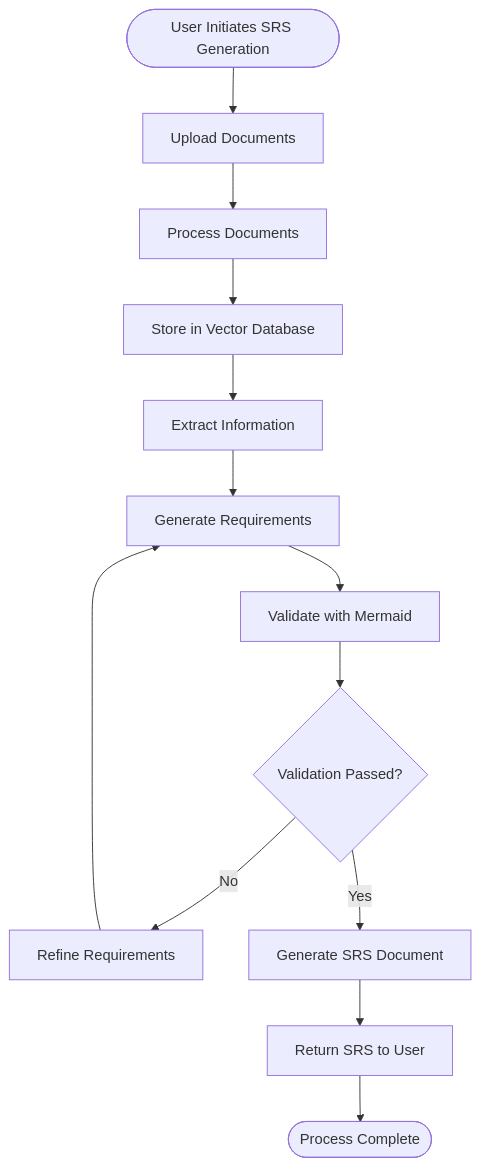
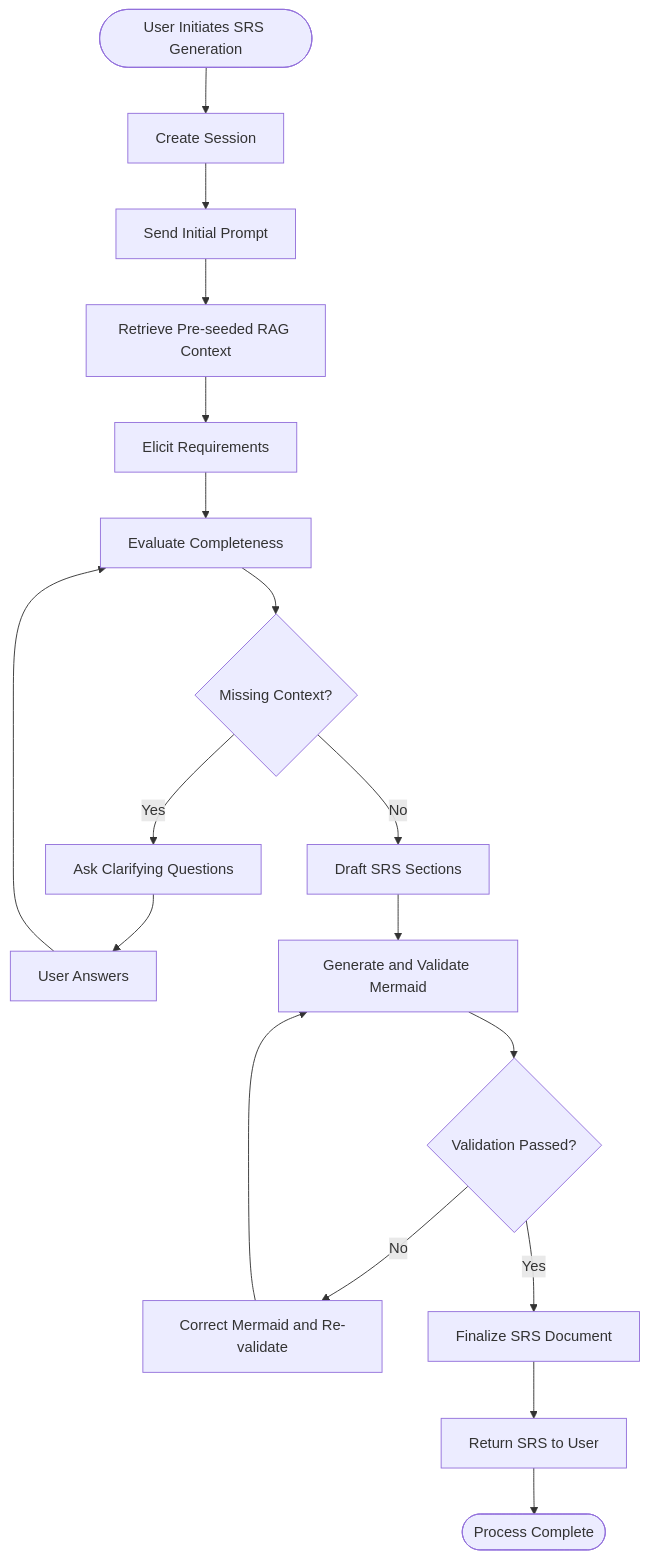
One commit to Ta1al/automated-SRS-generator changed the diagram in documentation/activity_diagram.md. Above: the diagram before and after it, drawn with Mermaid. The commit also changed other lines of this file and 3 other files, not shown here.

Commit message:
Update documentation for activity, class, data flow, and ER diagrams

````diff
--- a/documentation/activity_diagram.md
+++ b/documentation/activity_diagram.md
@@ -5,15 +5,20 @@
 ```mermaid
 flowchart TD
-    Start([User Initiates SRS Generation]) --> UploadDocs[Upload Documents]
-    UploadDocs --> ProcessDocs[Process Documents]
-    ProcessDocs --> VectorStore[Store in Vector Database]
-    VectorStore --> ExtractInfo[Extract Information]
-    ExtractInfo --> GenerateReqs[Generate Requirements]
-    GenerateReqs --> ValidateMermaid[Validate with Mermaid]
-    ValidateMermaid --> Decision{Validation Passed?}
-    Decision -->|No| Refine[Refine Requirements]
-    Refine --> GenerateReqs
-    Decision -->|Yes| GenerateSRS[Generate SRS Document]
+    Start([User Initiates SRS Generation]) --> CreateSession[Create Session]
+    CreateSession --> SendPrompt[Send Initial Prompt]
+    SendPrompt --> RetrieveContext[Retrieve Pre-seeded RAG Context]
+    RetrieveContext --> ElicitReqs[Elicit Requirements]
+    ElicitReqs --> Evaluate[Evaluate Completeness]
+    Evaluate --> NeedsMore{Missing Context?}
+    NeedsMore -->|Yes| AskQuestions[Ask Clarifying Questions]
+    AskQuestions --> UserAnswers[User Answers]
+    UserAnswers --> Evaluate
+    NeedsMore -->|No| DraftSRS[Draft SRS Sections]
+    DraftSRS --> ValidateMermaid[Generate and Validate Mermaid]
+    ValidateMermaid --> FixNeeded{Validation Passed?}
+    FixNeeded -->|No| Refine[Correct Mermaid and Re-validate]
+    Refine --> ValidateMermaid
+    FixNeeded -->|Yes| GenerateSRS[Finalize SRS Document]
     GenerateSRS --> ReturnSRS[Return SRS to User]
     ReturnSRS --> End([Process Complete])
 ```
````
